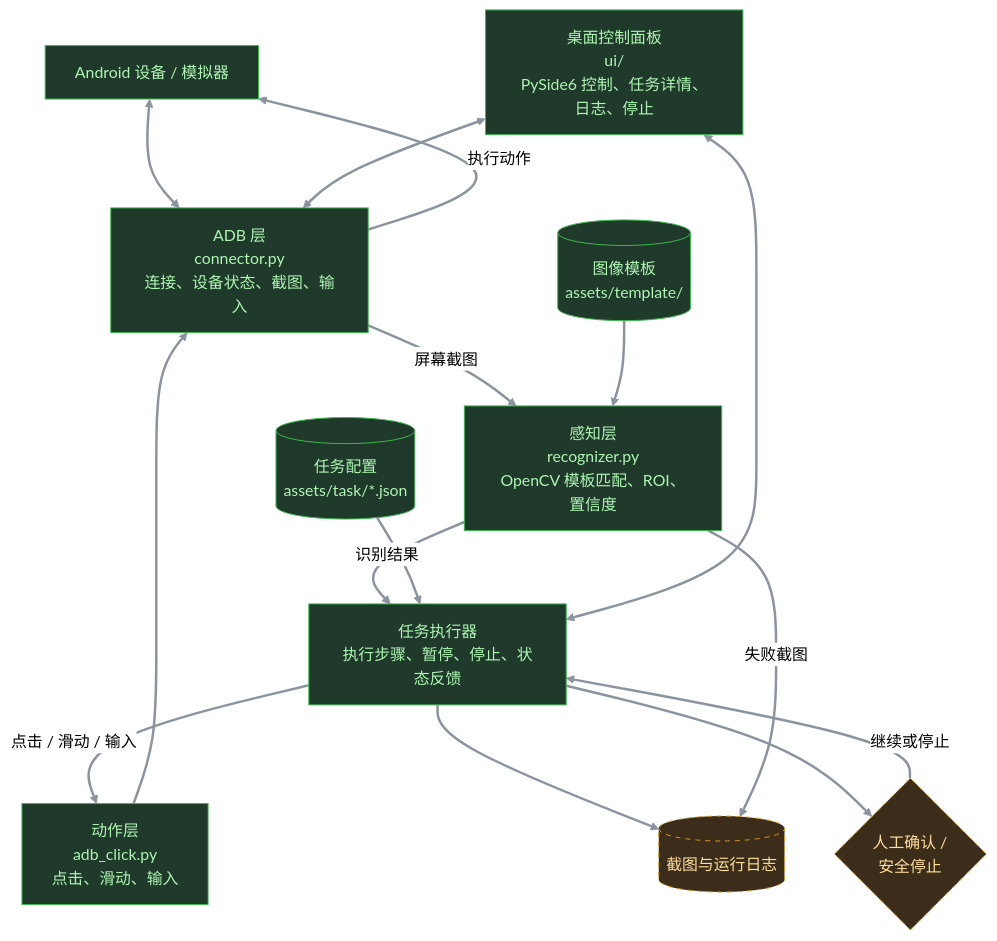
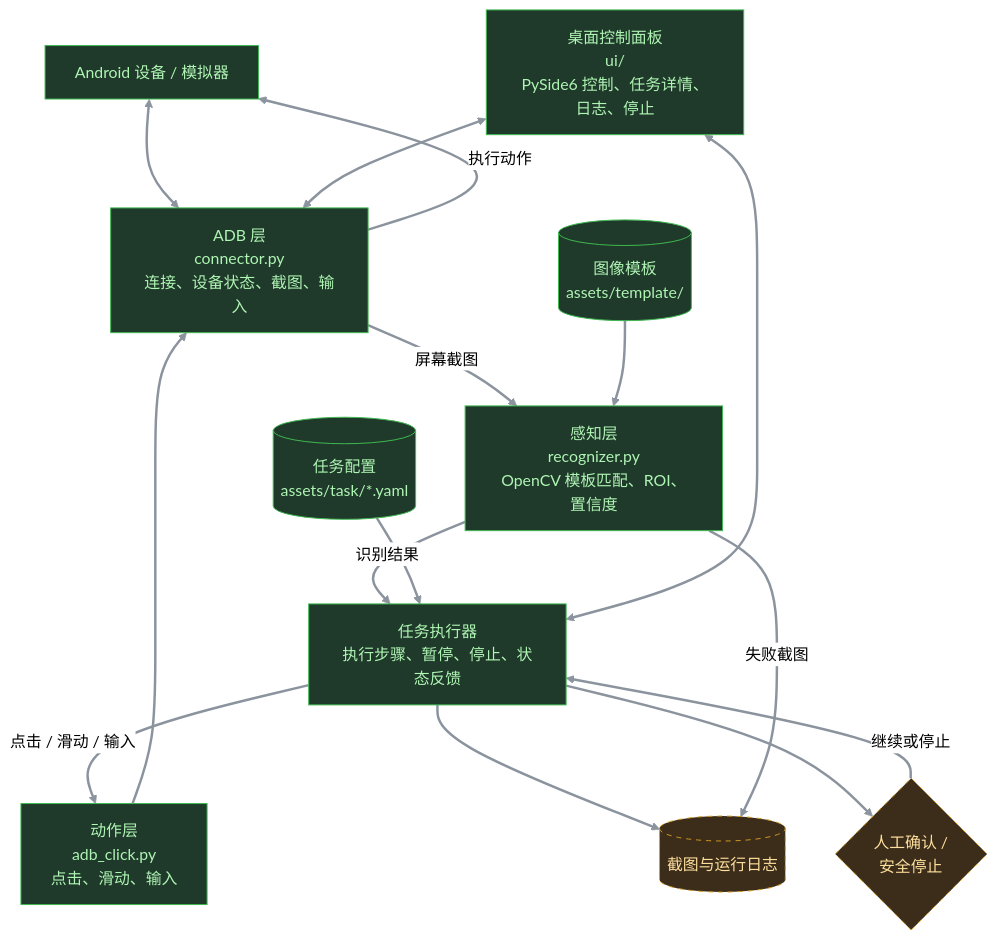
Before and after one commit to Takamiya-reborn/Auto-Chaldea: the diagram in README.md, drawn with Mermaid (neutral theme). The commit also changed other lines of this file and 57 other files, not shown here.

````diff
--- a/README.md
+++ b/README.md
@@ -54,35 +54,35 @@
 ```mermaid
 flowchart TB
 		device[Android 设备 / 模拟器]
 		adb[ADB 层\nconnector.py\n连接、设备状态、截图、输入]
 		perception[感知层\nrecognizer.py\nOpenCV 模板匹配、ROI、置信度]
 		action[动作层\nadb_click.py\n点击、滑动、输入]
 		workflow[任务执行器\n执行步骤、暂停、停止、状态反馈]
-		config[(任务配置\nassets/task/*.json)]
+		config[(任务配置\nassets/task/*.yaml)]
 		templates[(图像模板\nassets/template/)]
 		ui[桌面控制面板\nui/\nPySide6 控制、任务详情、日志、停止]
 		logs[(截图与运行日志)]
 		human{人工确认 /\n安全停止}
 
 		device <--> adb
 		adb -->|屏幕截图| perception
 		templates --> perception
 		perception -->|识别结果| workflow
 		config --> workflow
 		workflow -->|点击 / 滑动 / 输入| action
 		action --> adb
 		adb -->|执行动作| device
 		workflow --> logs
 		perception -->|失败截图| logs
 		ui <--> workflow
 		ui <--> adb
 		workflow --> human
 		human -->|继续或停止| workflow
 
 		classDef implemented fill:#1f3a2a,stroke:#3fb950,color:#aff5b4;
 		classDef planned fill:#3b2d1a,stroke:#d29922,color:#ffdf9e,stroke-dasharray: 5 5;
 		class adb,perception,action,device,templates implemented;
 		class workflow,config,ui implemented;
 		class logs,human planned;
 		linkStyle default stroke:#8b949e,stroke-width:2.5px;
 ```
````
